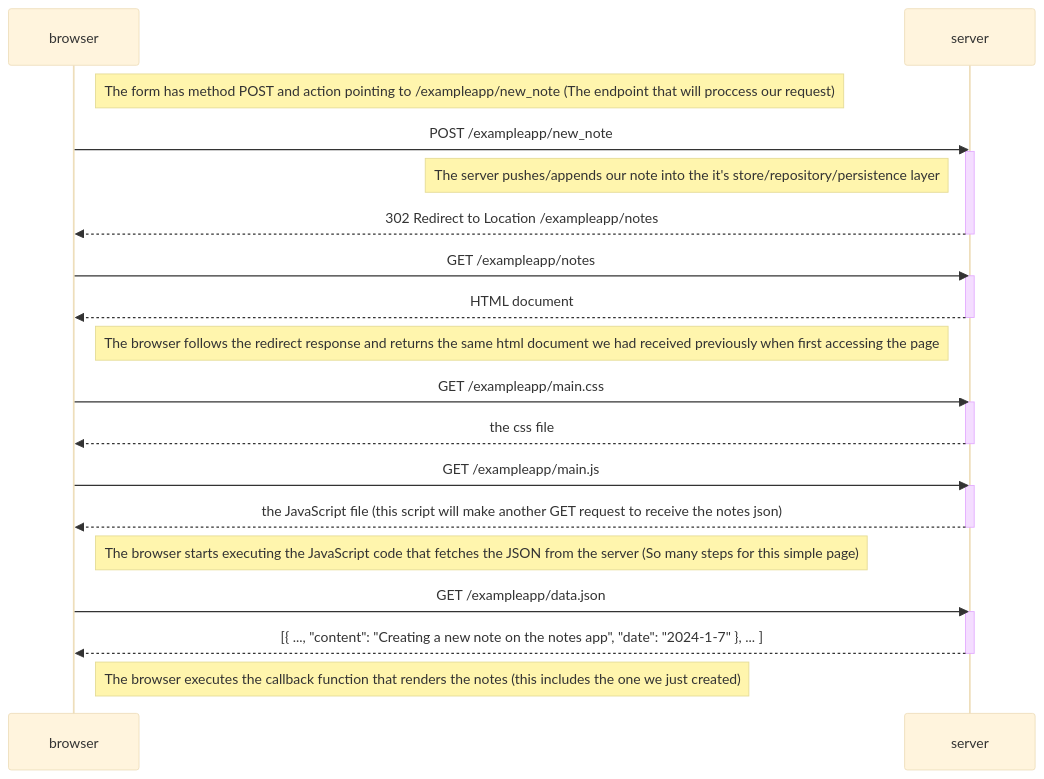
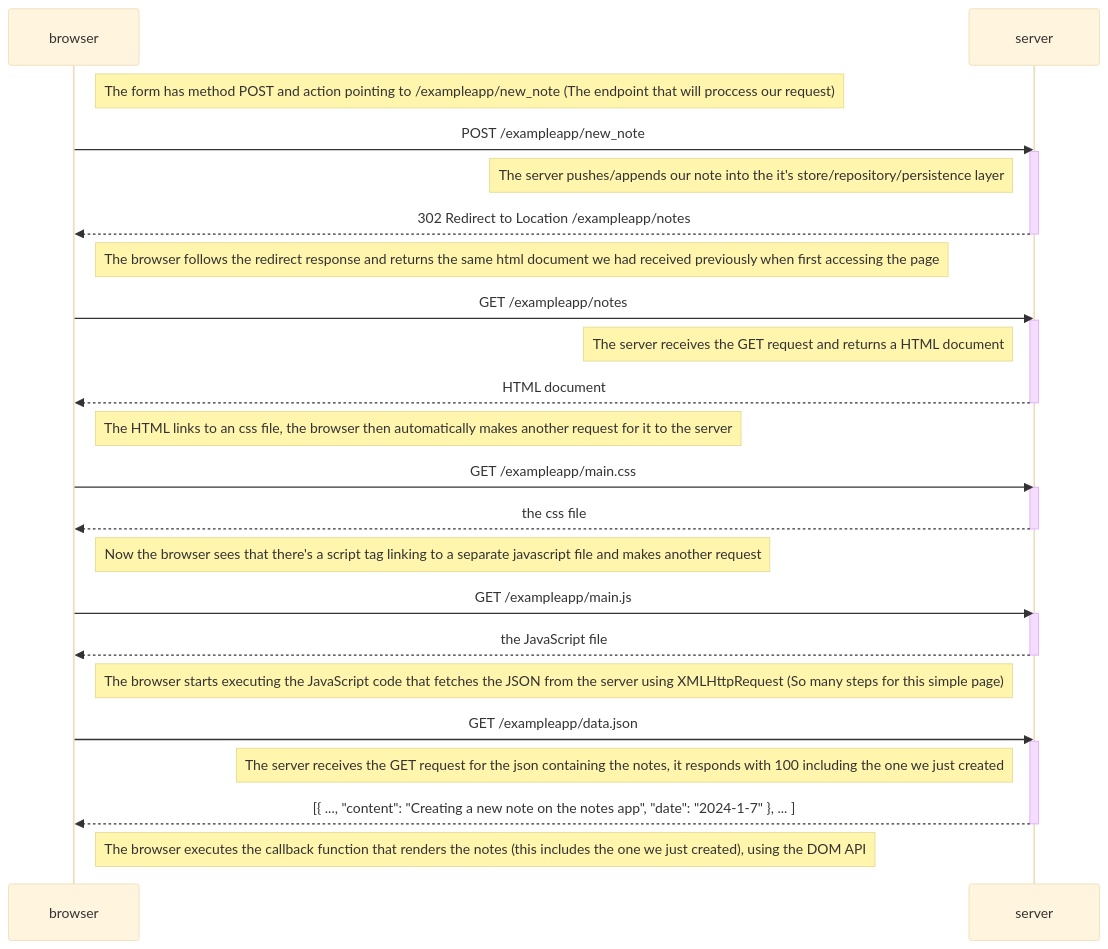
Before and after one commit to duartqx/helsinki: the second of 2 diagrams in fullstack/part0/0-4.md, drawn with Mermaid (base theme).

Commit message:
0.4 more notes

````diff
--- a/fullstack/part0/0-4.md
+++ b/fullstack/part0/0-4.md
@@ -41,43 +41,44 @@
 ```mermaid
 sequenceDiagram
     participant browser
     participant server
 
     Note right of browser: The form has method POST and action pointing to /exampleapp/new_note (The endpoint that will proccess our request)
-
     browser->>server: POST /exampleapp/new_note
 
     activate server
-
     Note left of server: The server pushes/appends our note into the it's store/repository/persistence layer
-
     server-->>browser: 302 Redirect to Location /exampleapp/notes
-
     deactivate server
 
+    Note right of browser: The browser follows the redirect response and returns the same html document we had received previously when first accessing the page
     browser->>server: GET /exampleapp/notes
+
     activate server
+    Note left of server: The server receives the GET request and returns a HTML document
     server-->>browser: HTML document
     deactivate server
 
-    Note right of browser: The browser follows the redirect response and returns the same html document we had received previously when first accessing the page
+    Note right of browser: The HTML links to an css file, the browser then automatically makes another request for it to the server
+    browser->>server: GET /exampleapp/main.css
 
-    browser->>server: GET /exampleapp/main.css
     activate server
     server-->>browser: the css file
     deactivate server
 
+    Note right of browser: Now the browser sees that there's a script tag linking to a separate javascript file and makes another request
     browser->>server: GET /exampleapp/main.js
     activate server
-    server-->>browser: the JavaScript file (this script will make another GET request to receive the notes json)
+    server-->>browser: the JavaScript file
     deactivate server
 
-    Note right of browser: The browser starts executing the JavaScript code that fetches the JSON from the server (So many steps for this simple page)
+    Note right of browser: The browser starts executing the JavaScript code that fetches the JSON from the server using XMLHttpRequest (So many steps for this simple page)
+    browser->>server: GET /exampleapp/data.json
 
-    browser->>server: GET /exampleapp/data.json
     activate server
+    Note left of server: The server receives the GET request for the json containing the notes, it responds with 100 including the one we just created
     server-->>browser: [{ ..., "content": "Creating a new note on the notes app", "date": "2024-1-7" }, ... ]
     deactivate server
 
-    Note right of browser: The browser executes the callback function that renders the notes (this includes the one we just created)
+    Note right of browser: The browser executes the callback function that renders the notes (this includes the one we just created), using the DOM API
 ```
````
